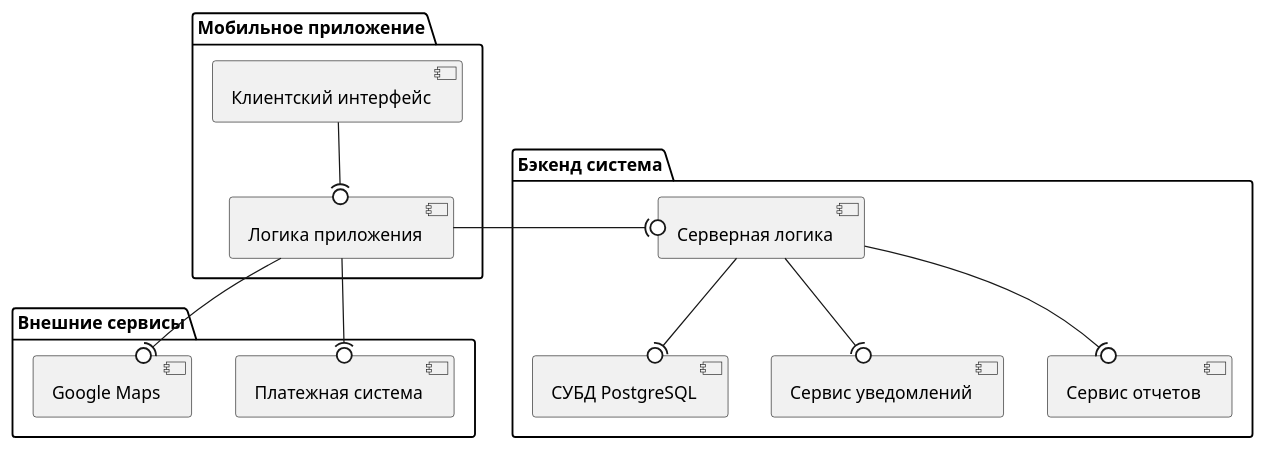
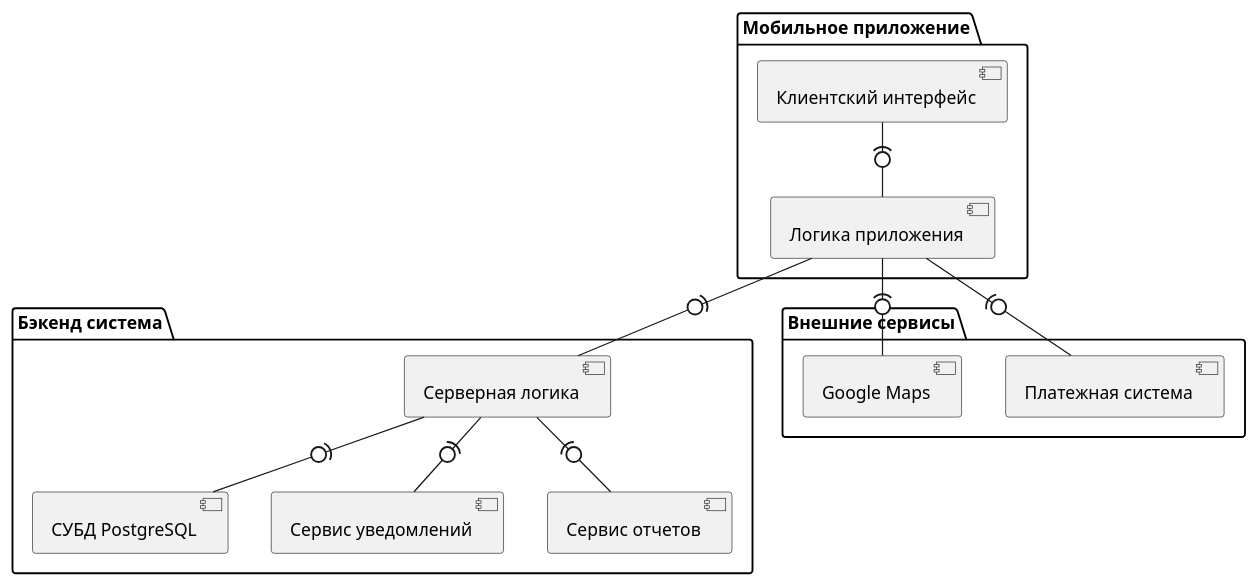
Before and after one commit to Towich/PlantUML: the diagram in Restaurant/components.wsd, drawn with PlantUML. The commit also changed 1 other file, not shown here.

```diff
--- a/Restaurant/components.wsd
+++ b/Restaurant/components.wsd
@@ -1,28 +1,28 @@
 @startuml
 package "Мобильное приложение" {
   component "Клиентский интерфейс" as ClientInterface
   component "Логика приложения" as AppLogic
 }
 
 package "Бэкенд система" {
   component "Серверная логика" as ServerLogic
   component "СУБД PostgreSQL" as Database
   
   component "Сервис уведомлений" as Notifications
   component "Сервис отчетов" as ReportService
 }
 
 package "Внешние сервисы" {
   component "Платежная система" as PaymentSystem
   component "Google Maps" as GoogleMaps
 }
 
-ClientInterface --(0 AppLogic
-AppLogic -(0 ServerLogic
-AppLogic --(0 PaymentSystem
-AppLogic --(0 GoogleMaps
+ClientInterface -(0- AppLogic
+AppLogic -(0- ServerLogic
+AppLogic -(0- PaymentSystem
+AppLogic -(0- GoogleMaps
 
-ServerLogic --(0 Database
-ServerLogic --(0 Notifications
-ServerLogic --(0 ReportService
+ServerLogic -(0- Database
+ServerLogic -(0- Notifications
+ServerLogic -(0- ReportService
 @enduml
```
